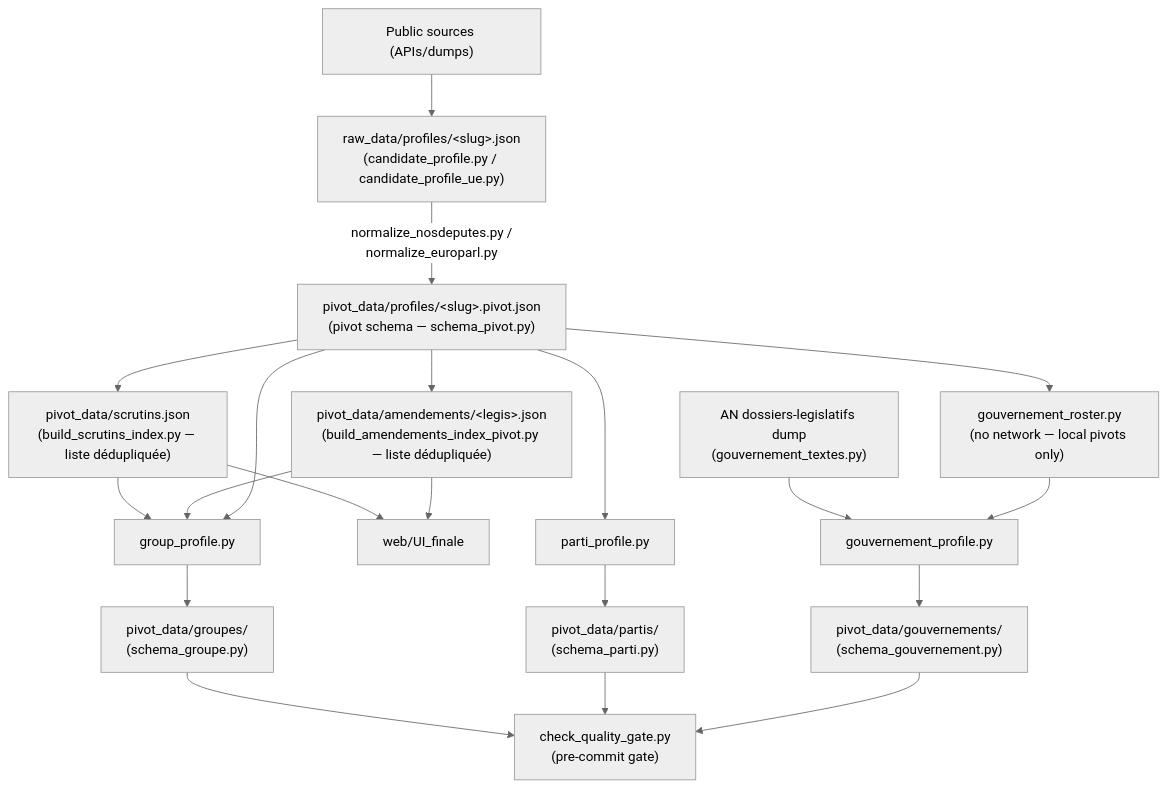
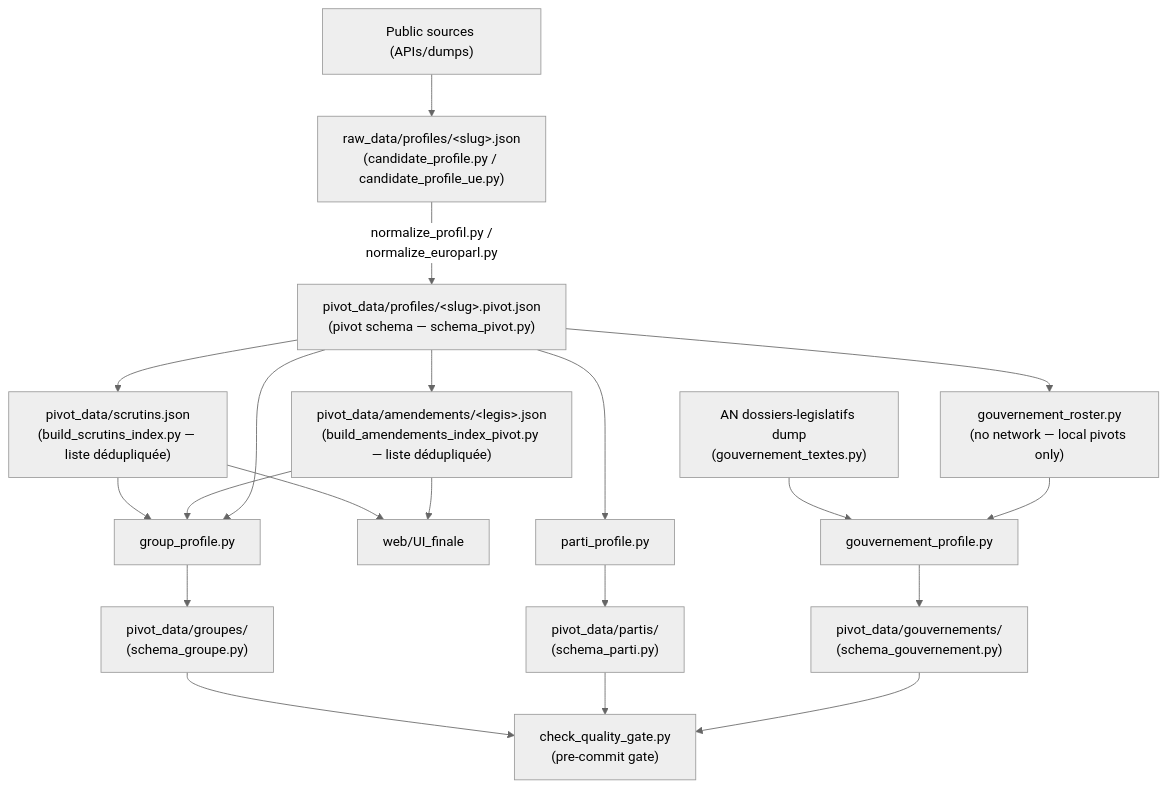
Before and after one commit to stephieED/Empreinte-politique-src: the diagram in AGENTS.md, drawn with Mermaid (neutral theme). The commit also changed other lines of this file and 45 other files, not shown here.

````diff
--- a/AGENTS.md
+++ b/AGENTS.md
@@ -36,22 +36,22 @@
 ```mermaid
 graph TD
     A["Public sources (APIs/dumps)"] --> B["raw_data/profiles/&lt;slug&gt;.json<br/>(candidate_profile.py / candidate_profile_ue.py)"]
-    B -->|"normalize_nosdeputes.py /<br/>normalize_europarl.py"| C["pivot_data/profiles/&lt;slug&gt;.pivot.json<br/>(pivot schema — schema_pivot.py)"]
+    B -->|"normalize_profil.py /<br/>normalize_europarl.py"| C["pivot_data/profiles/&lt;slug&gt;.pivot.json<br/>(pivot schema — schema_pivot.py)"]
     C --> S["pivot_data/scrutins.json<br/>(build_scrutins_index.py — liste dédupliquée)"]
     C --> AM["pivot_data/amendements/&lt;legis&gt;.json<br/>(build_amendements_index_pivot.py — liste dédupliquée)"]
     S --> D
     AM --> D
     S --> W["web/UI_finale"]
     AM --> W
     C --> D["group_profile.py"]
     C --> E["parti_profile.py"]
     C --> I["gouvernement_roster.py<br/>(no network — local pivots only)"]
     J["AN dossiers-legislatifs dump<br/>(gouvernement_textes.py)"] --> K["gouvernement_profile.py"]
     I --> K
     D --> F["pivot_data/groupes/<br/>(schema_groupe.py)"]
     E --> G["pivot_data/partis/<br/>(schema_parti.py)"]
     K --> L["pivot_data/gouvernements/<br/>(schema_gouvernement.py)"]
     F --> H["check_quality_gate.py<br/>(pre-commit gate)"]
     G --> H
     L --> H
 ```
````
